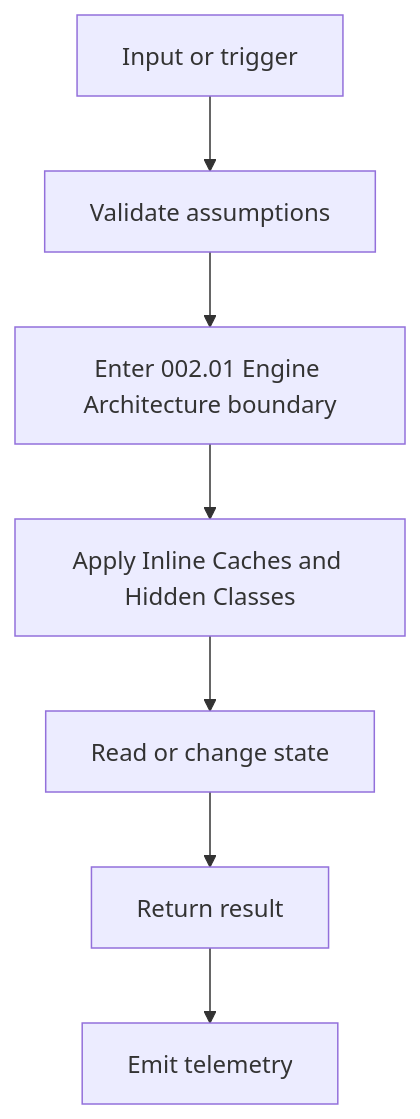
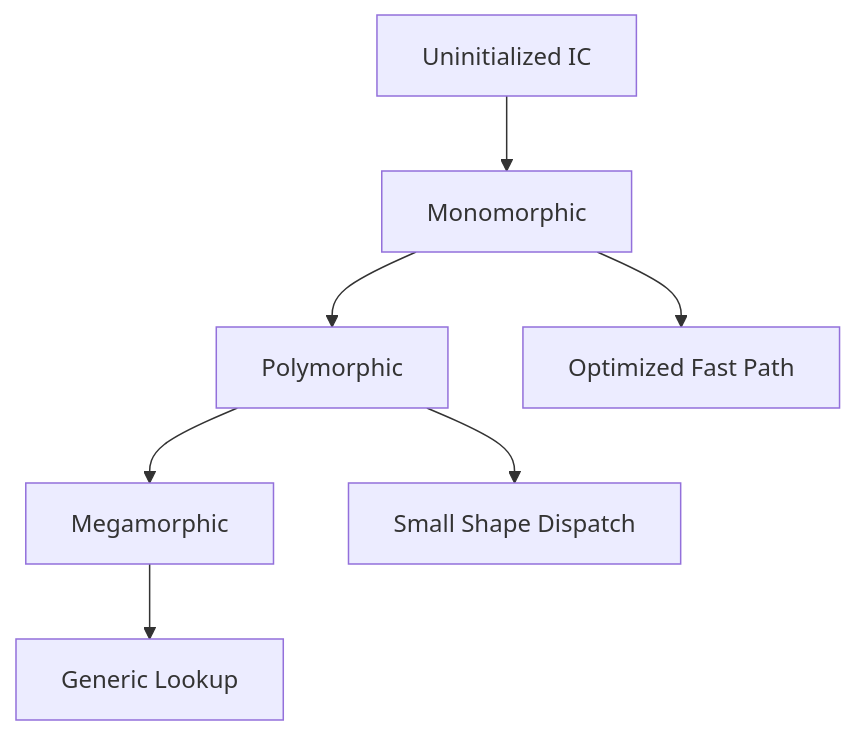
The second of 5 diagrams in 002. JavaScript Internals/002.01 Engine Architecture/002.01.03 Inline Caches and Hidden Classes/README.md (AjayPrajapat/Interview), drawn with Mermaid before and after one commit. The commit also changed other lines of this file and 3 other files, not shown here.

````diff
--- a/002. JavaScript Internals/002.01 Engine Architecture/002.01.03 Inline Caches and Hidden Classes/README.md
+++ b/002. JavaScript Internals/002.01 Engine Architecture/002.01.03 Inline Caches and Hidden Classes/README.md
@@ -453,9 +237,9 @@
 ```mermaid
 flowchart TD
-  A[Input or trigger] --> B[Validate assumptions]
-  B --> C[Enter 002.01 Engine Architecture boundary]
-  C --> D[Apply Inline Caches and Hidden Classes]
-  D --> E[Read or change state]
-  E --> F[Return result]
-  F --> G[Emit telemetry]
+  A["Uninitialized IC"] --> B["Monomorphic"]
+  B --> C["Polymorphic"]
+  C --> D["Megamorphic"]
+  B --> E["Optimized Fast Path"]
+  C --> F["Small Shape Dispatch"]
+  D --> G["Generic Lookup"]
 ```
````
